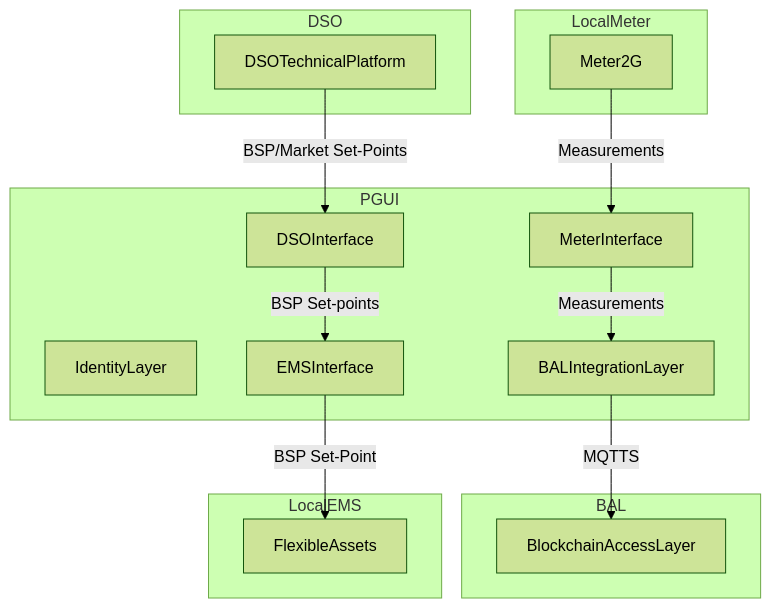
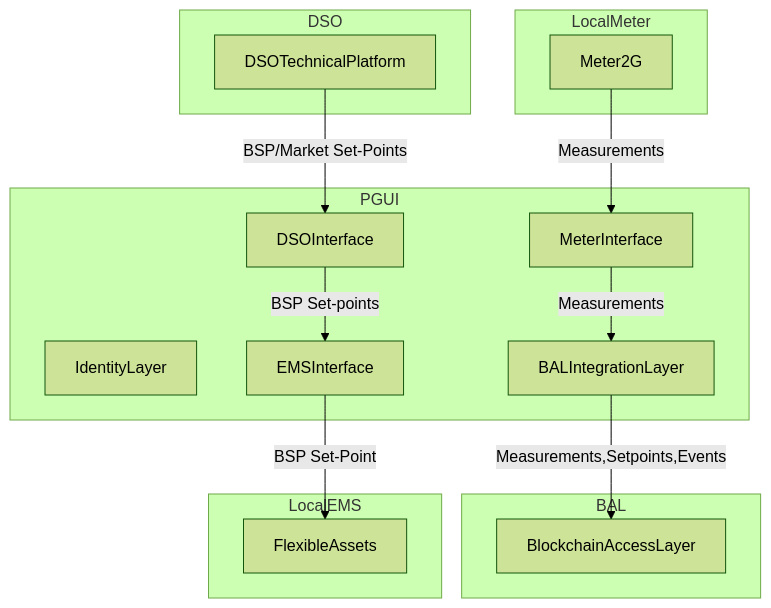
One commit to ApioIoT/PGUI changed the diagram in README.md. Above: the diagram before and after it, drawn with Mermaid (forest theme).

Commit message:
fix BAL message label

````diff
--- a/README.md
+++ b/README.md
@@ -21,32 +21,32 @@
 ```mermaid
 graph TD;
 
 subgraph PGUI
   
   IdentityLayer 
   
   MeterInterface -->|Measurements| BALIntegrationLayer
   DSOInterface --> |BSP Set-points| EMSInterface
   
 end
 
 subgraph DSO
   DSOTechnicalPlatform --> |BSP/Market Set-Points | DSOInterface
 end
 
 subgraph BAL
-  BALIntegrationLayer -->|MQTTS| BlockchainAccessLayer
+  BALIntegrationLayer -->|Measurements,Setpoints,Events| BlockchainAccessLayer
 end
 
 subgraph LocalEMS
   EMSInterface --> |BSP Set-Point| FlexibleAssets
 end
 
 subgraph LocalMeter
   Meter2G --> |Measurements| MeterInterface
 end
 
 
 
 
 ```
````
